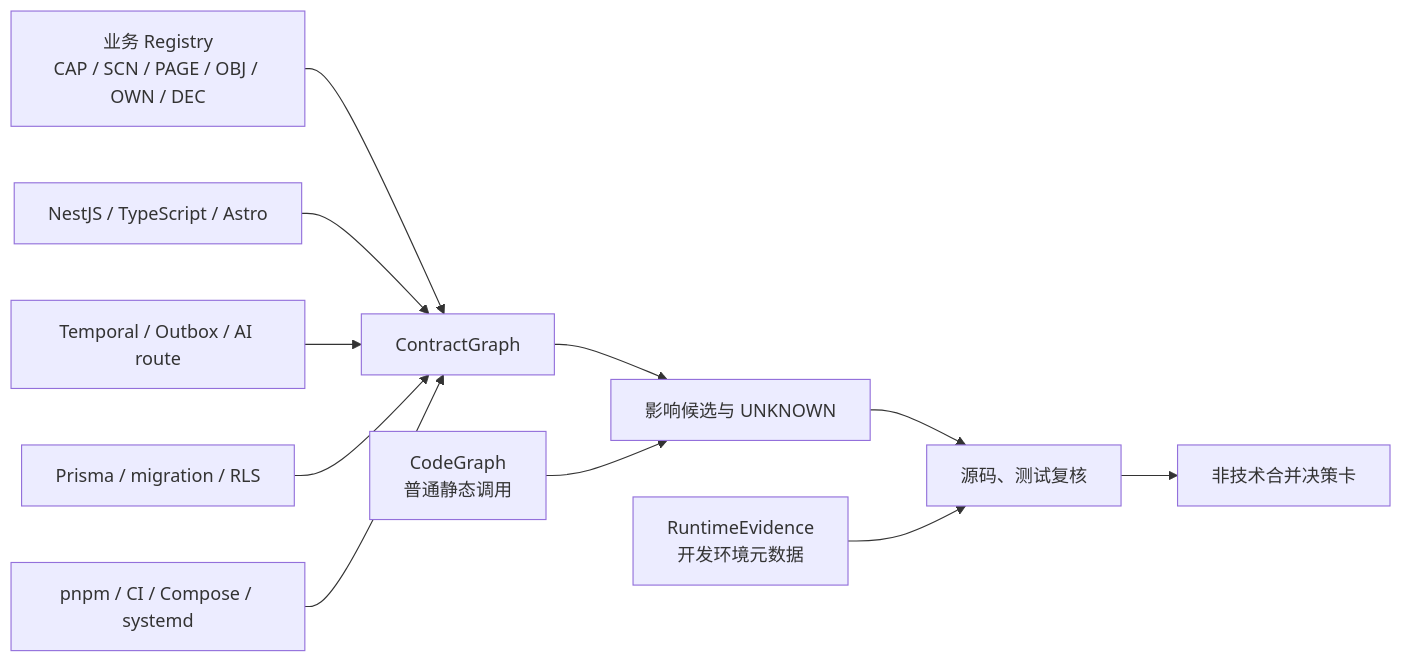
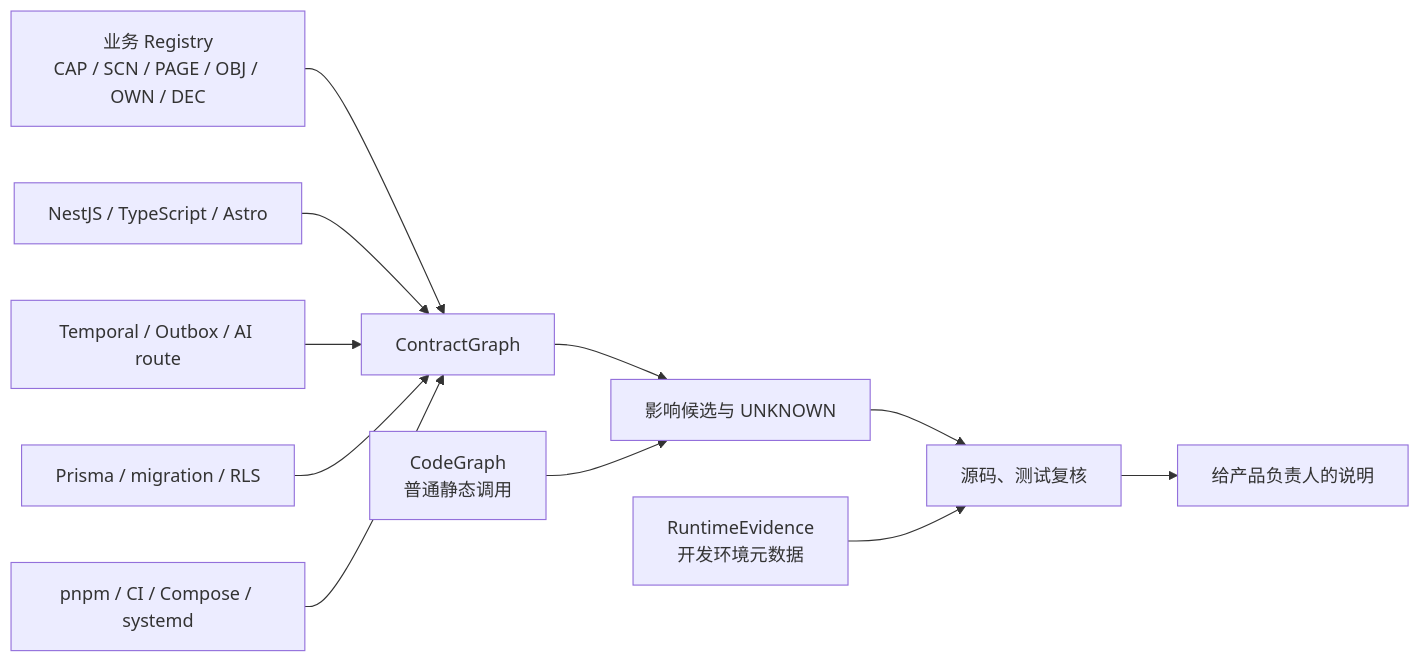
Before and after one commit to mlhjyx/global-backend: the diagram in docs/ai-development/code-intelligence.md, drawn with Mermaid. The commit also changed 19 other files, not shown here.

````diff
--- a/docs/ai-development/code-intelligence.md
+++ b/docs/ai-development/code-intelligence.md
@@ -14,13 +14,13 @@
 ```mermaid
 flowchart LR
     A["业务 Registry<br/>CAP / SCN / PAGE / OBJ / OWN / DEC"] --> G["ContractGraph"]
     B["NestJS / TypeScript / Astro"] --> G
     C["Temporal / Outbox / AI route"] --> G
     D["Prisma / migration / RLS"] --> G
     E["pnpm / CI / Compose / systemd"] --> G
     G --> H["影响候选与 UNKNOWN"]
     K["CodeGraph<br/>普通静态调用"] --> H
     H --> I["源码、测试复核"]
     R["RuntimeEvidence<br/>开发环境元数据"] --> I
-    I --> J["非技术合并决策卡"]
+    I --> J["给产品负责人的说明"]
 ```
````
